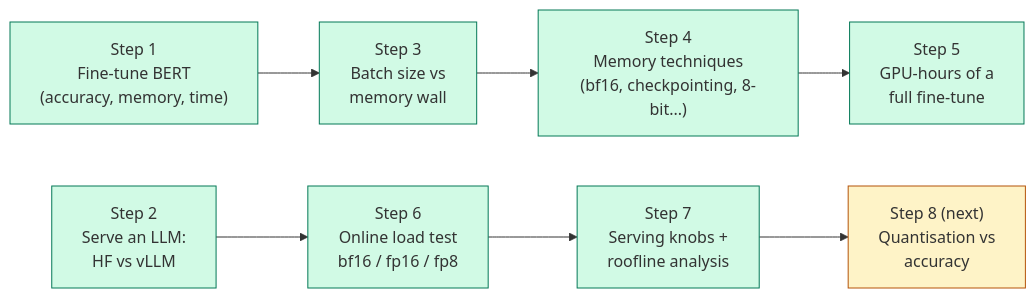
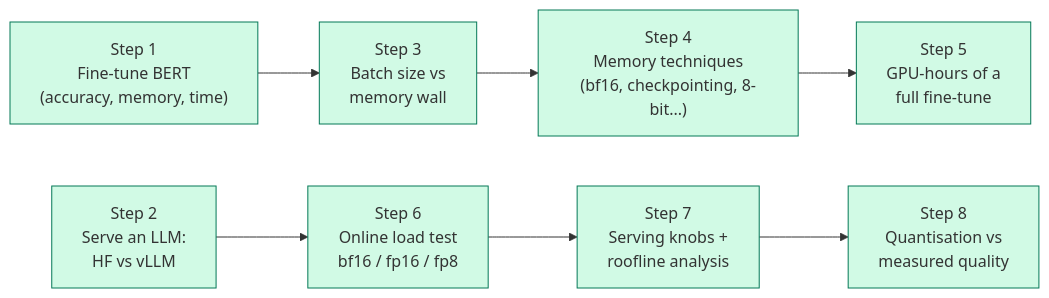
The first of 2 diagrams in README.md (samruddhichitnis02/squeeze-the-4090), drawn with Mermaid before and after one commit. The commit also changed other lines of this file and 57 other files, not shown here.

````diff
--- a/README.md
+++ b/README.md
@@ -51,13 +54,11 @@
 ```mermaid
 flowchart LR
     S1["Step 1<br/>Fine-tune BERT<br/>(accuracy, memory, time)"] --> S3["Step 3<br/>Batch size vs<br/>memory wall"]
     S3 --> S4["Step 4<br/>Memory techniques<br/>(bf16, checkpointing, 8-bit...)"]
     S4 --> S5["Step 5<br/>GPU-hours of a<br/>full fine-tune"]
     S2["Step 2<br/>Serve an LLM:<br/>HF vs vLLM"] --> S6["Step 6<br/>Online load test<br/>bf16 / fp16 / fp8"]
     S6 --> S7["Step 7<br/>Serving knobs +<br/>roofline analysis"]
-    S7 --> S8["Step 8 (next)<br/>Quantisation vs<br/>accuracy"]
+    S7 --> S8["Step 8<br/>Quantisation vs<br/>measured quality"]
     classDef done fill:#d1fae5,stroke:#047857;
-    classDef next fill:#fef3c7,stroke:#b45309;
-    class S1,S2,S3,S4,S5,S6,S7 done;
-    class S8 next;
+    class S1,S2,S3,S4,S5,S6,S7,S8 done;
 ```
````
